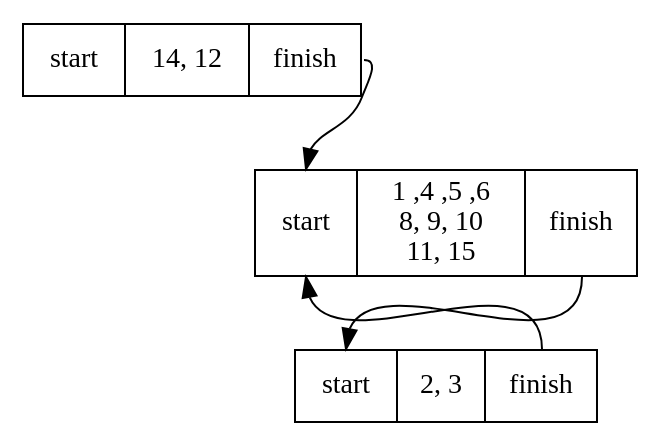
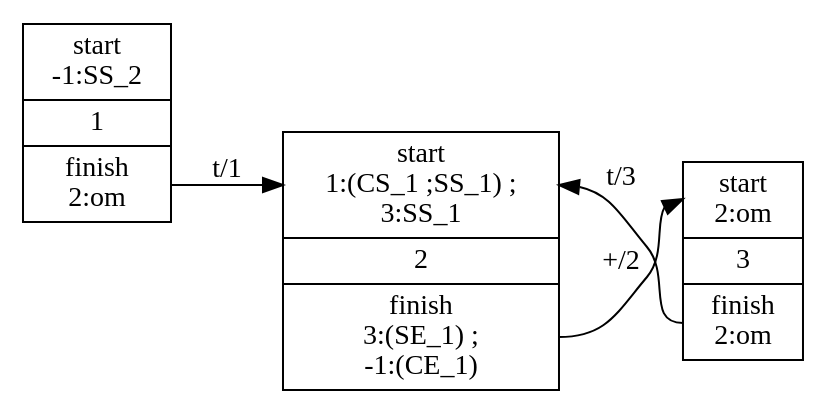
The diagram in Docs/Reports/SemenGrigorev/TFA/areticle_ru/ladot/TNFA2TDFA_s2.dot (YaccConstructor/YaccConstructor), drawn with Graphviz before and after one commit. The commit also changed 21 other files, not shown here.

```diff
--- a/Docs/Reports/SemenGrigorev/TFA/areticle_ru/ladot/TNFA2TDFA_s2.dot
+++ b/Docs/Reports/SemenGrigorev/TFA/areticle_ru/ladot/TNFA2TDFA_s2.dot
@@ -1,12 +1,12 @@
 digraph TNFA2TDFA_s2
 {
-  //rankdir = LR;
+  rankdir = LR;
   //{rank = "same"; n1 n2 n3}
   node[shape=record];
-  n1 [label = "<start> start |<id>14, 12|<finish>finish"];
-  n2 [label = "<start> start |<id>1 ,4 ,5 ,6 \n 8, 9, 10 \n 11, 15|<finish>finish"];
-  n3 [label = "<start> start |<id>2, 3|<finish>finish"];
-  "n1":finish -> "n2":start;
-  "n2":finish -> "n3":start;
-  "n3":finish -> "n2":start;
+  n1 [label = "<start> start \n -1:SS_2|<id>1|<finish>finish \n 2:om"];
+  n2 [label = "<start> start \n 1:(CS_1 ;SS_1) ; \n 3:SS_1|<id>2|<finish>finish \n 3:(SE_1) ; \n -1:(CE_1)"];
+  n3 [label = "<start> start \n 2:om|<id>3|<finish>finish \n 2:om"];
+  "n1":finish -> "n2":start [label = "t/1"];
+  "n2":finish -> "n3":start [label = "+/2"];
+  "n3":finish -> "n2":start [label = "t/3"];
 }
```
